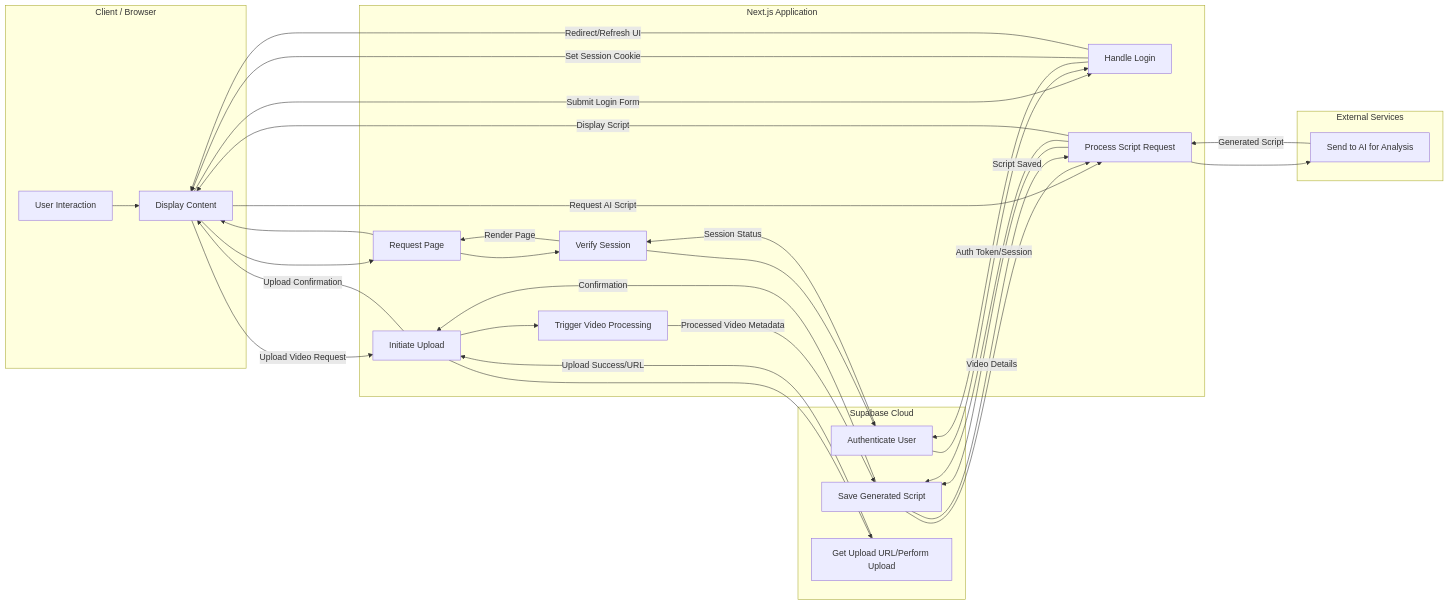
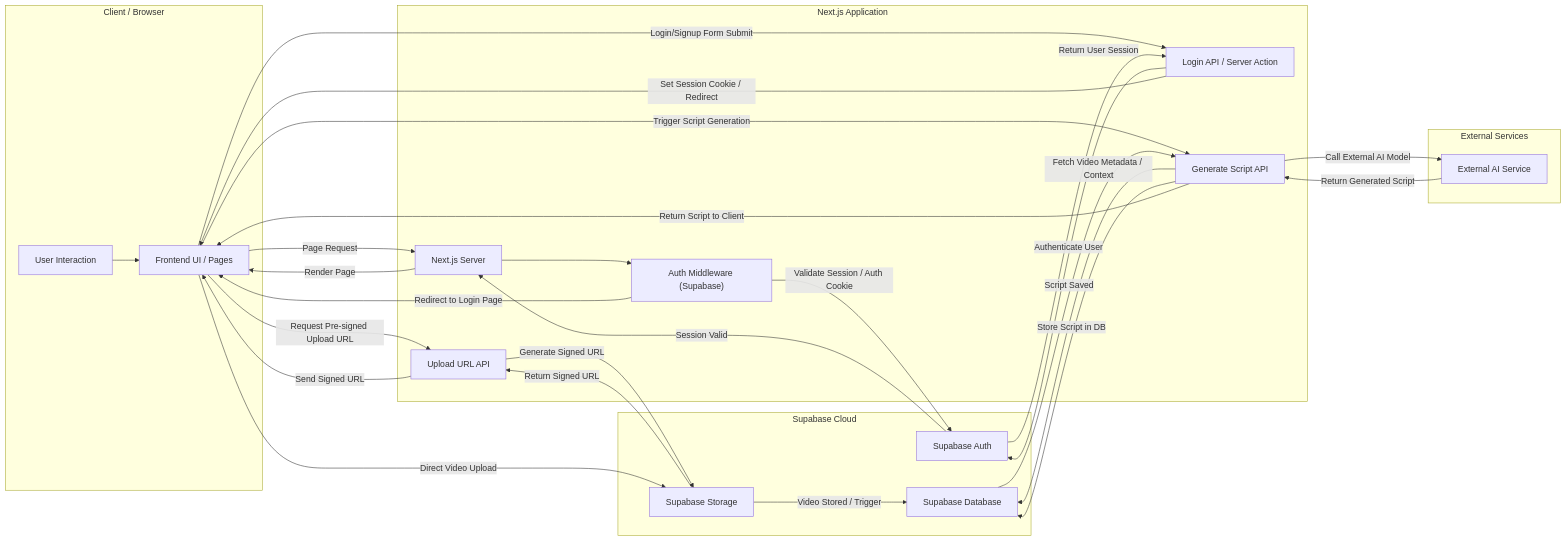
One commit to token-hoarder/video-to-script-mvp changed the diagram in ARCHITECTURE.md. Above: the diagram before and after it, drawn with Mermaid. The commit also changed 1 other file, not shown here.

Commit message:
docs: auto-generate changelog and architecture

````diff
--- a/ARCHITECTURE.md
+++ b/ARCHITECTURE.md
@@ -3,61 +3,57 @@
 ```mermaid
 graph LR
-    subgraph "Client / Browser"
-        User["User Interaction"]
-        FrontendUI["Next.js Frontend UI"]
+    subgraph Client["Client / Browser"]
+        U["User Interaction"]
+        FEUI["Frontend UI / Pages"]
     end
 
-    subgraph "Next.js Application"
-        SSR["Next.js Server-Side Rendering"]
-        AuthMiddleware["Supabase Auth Middleware"]
-        AuthActions["Auth Server Actions"]
-        UploadAPI["Video Upload API Route"]
-        ScriptGenAPI["AI Script Generation API Route"]
-        VideoProcessor["Video Processing Utility"]
+    subgraph NextApp["Next.js Application"]
+        NJS["Next.js Server"]
+        NJSAuth["Auth Middleware (Supabase)"]
+        APILogin["Login API / Server Action"]
+        APIUploadURL["Upload URL API"]
+        APIGenScript["Generate Script API"]
     end
 
-    subgraph "Supabase Cloud"
-        SupabaseAuth["Supabase Authentication"]
-        SupabaseDB["Supabase Database"]
-        SupabaseStorage["Supabase Storage"]
+    subgraph Supabase["Supabase Cloud"]
+        SBAuth["Supabase Auth"]
+        SBDb["Supabase Database"]
+        SBStorage["Supabase Storage"]
     end
 
-    subgraph "External Services"
-        ExternalAI["External AI Service (LLM / Media Analysis)"]
+    subgraph External["External Services"]
+        ExAI["External AI Service"]
     end
 
-    %% Flow 1: Initial Page Load & Authentication Check
-    User --> FrontendUI["Load Application"]
-    FrontendUI --> SSR["Request Page"]
-    SSR --> AuthMiddleware["Verify Session"]
-    AuthMiddleware --> SupabaseAuth["Check Authentication"]
-    SupabaseAuth -- "Session Status" --> AuthMiddleware
-    AuthMiddleware -- "Render Page" --> SSR
-    SSR --> FrontendUI["Display Content"]
+    %% Initial Page Load / Authentication Flow
+    U --> FEUI
+    FEUI -- "Page Request" --> NJS
+    NJS --> NJSAuth
+    NJSAuth -- "Validate Session / Auth Cookie" --> SBAuth
+    SBAuth -- "Session Valid" --> NJS
+    NJS -- "Render Page" --> FEUI
+    NJSAuth -- "Redirect to Login Page" --> FEUI
 
-    %% Flow 2: User Login
-    FrontendUI -- "Submit Login Form" --> AuthActions["Handle Login"]
-    AuthActions --> SupabaseAuth["Authenticate User"]
-    SupabaseAuth -- "Auth Token/Session" --> AuthActions
-    AuthActions -- "Set Session Cookie" --> FrontendUI
-    AuthActions -- "Redirect/Refresh UI" --> FrontendUI
+    %% Login/Signup Flow
+    FEUI -- "Login/Signup Form Submit" --> APILogin
+    APILogin -- "Authenticate User" --> SBAuth
+    SBAuth -- "Return User Session" --> APILogin
+    APILogin -- "Set Session Cookie / Redirect" --> FEUI
 
-    %% Flow 3: Video Upload Process
-    FrontendUI -- "Upload Video Request" --> UploadAPI["Initiate Upload"]
-    UploadAPI --> SupabaseStorage["Get Upload URL/Perform Upload"]
-    SupabaseStorage -- "Upload Success/URL" --> UploadAPI
-    UploadAPI --> VideoProcessor["Trigger Video Processing"]
-    VideoProcessor -- "Processed Video Metadata" --> SupabaseDB["Store Video Data"]
-    SupabaseDB -- "Confirmation" --> UploadAPI
-    UploadAPI -- "Upload Confirmation" --> FrontendUI
+    %% Video Upload Flow
+    FEUI -- "Request Pre-signed Upload URL" --> APIUploadURL
+    APIUploadURL -- "Generate Signed URL" --> SBStorage
+    SBStorage -- "Return Signed URL" --> APIUploadURL
+    APIUploadURL -- "Send Signed URL" --> FEUI
+    FEUI -- "Direct Video Upload" --> SBStorage
+    SBStorage -- "Video Stored / Trigger" --> SBDb["Supabase Database"]
 
-    %% Flow 4: AI Script Generation
-    FrontendUI -- "Request AI Script" --> ScriptGenAPI["Process Script Request"]
-    ScriptGenAPI --> SupabaseDB["Retrieve Video Metadata"]
-    SupabaseDB -- "Video Details" --> ScriptGenAPI
-    ScriptGenAPI --> ExternalAI["Send to AI for Analysis"]
-    ExternalAI -- "Generated Script" --> ScriptGenAPI
-    ScriptGenAPI --> SupabaseDB["Save Generated Script"]
-    SupabaseDB -- "Script Saved" --> ScriptGenAPI
-    ScriptGenAPI -- "Display Script" --> FrontendUI
+    %% AI Script Generation Flow
+    FEUI -- "Trigger Script Generation" --> APIGenScript
+    APIGenScript -- "Fetch Video Metadata / Context" --> SBDb
+    APIGenScript -- "Call External AI Model" --> ExAI
+    ExAI -- "Return Generated Script" --> APIGenScript
+    APIGenScript -- "Store Script in DB" --> SBDb
+    SBDb -- "Script Saved" --> APIGenScript
+    APIGenScript -- "Return Script to Client" --> FEUI
 ```
````
